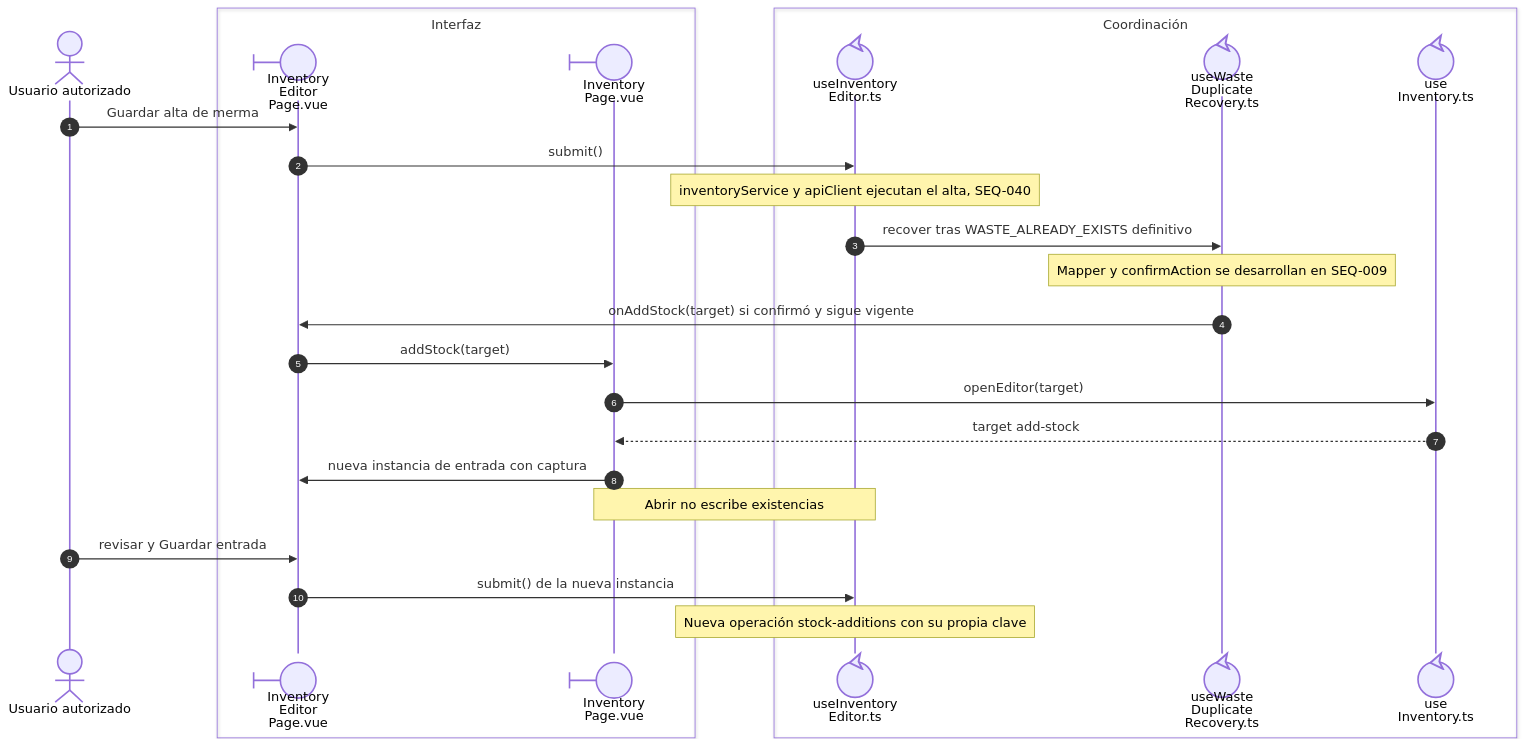
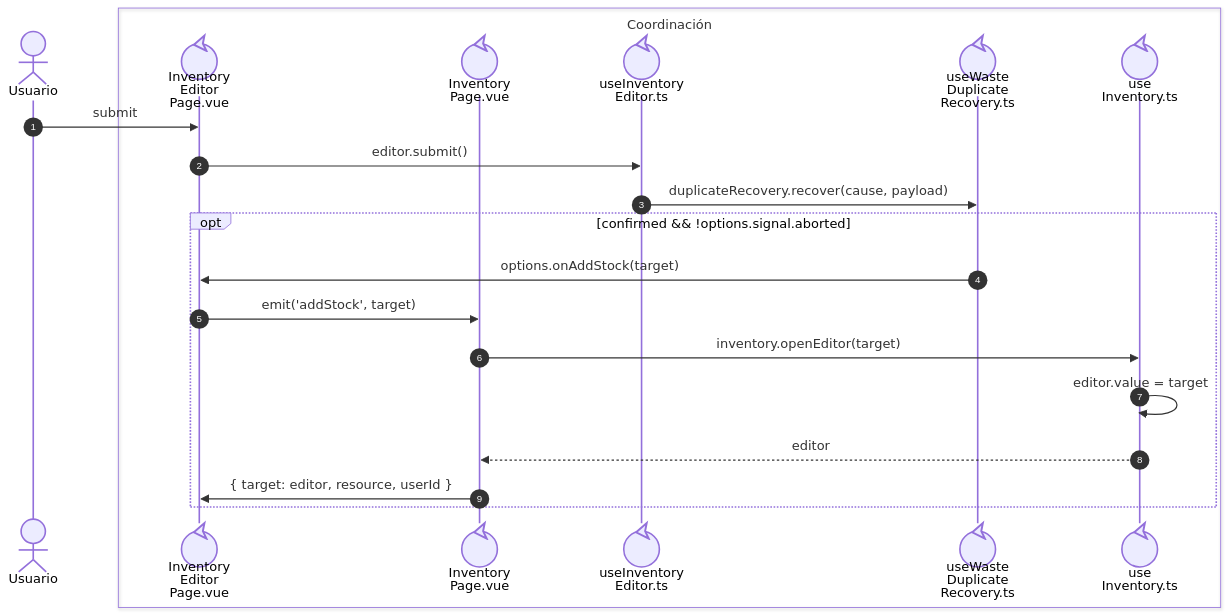
Before and after one commit to gpgsistemas01/nexus: the third of 5 diagrams in front/docs/architecture/views/development/design-and-construction-patterns/03-composables-and-callbacks.md, drawn with Mermaid. The commit also changed 43 other files, not shown here.

````diff
--- a/front/docs/architecture/views/development/design-and-construction-patterns/03-composables-and-callbacks.md
+++ b/front/docs/architecture/views/development/design-and-construction-patterns/03-composables-and-callbacks.md
@@ -86,28 +86,23 @@
 ```mermaid
 sequenceDiagram
     autonumber
-    actor U as Usuario autorizado
-    box Interfaz
-    participant Page@{ "type": "boundary" } as Inventory<br/>Editor<br/>Page.vue
-    participant Parent@{ "type": "boundary" } as Inventory<br/>Page.vue
-    end
+    actor U as Usuario
     box Coordinación
+    participant Page@{ "type": "control" } as Inventory<br/>Editor<br/>Page.vue
+    participant Parent@{ "type": "control" } as Inventory<br/>Page.vue
     participant Editor@{ "type": "control" } as useInventory<br/>Editor.ts
     participant Recovery@{ "type": "control" } as useWaste<br/>Duplicate<br/>Recovery.ts
     participant Inventory@{ "type": "control" } as use<br/>Inventory.ts
     end
-    U->>Page: Guardar alta de merma
-    Page->>Editor: submit()
-    Note over Editor: inventoryService y apiClient ejecutan el alta, SEQ-040
-    Editor->>Recovery: recover tras WASTE_ALREADY_EXISTS definitivo
-    Note over Recovery: Mapper y confirmAction se desarrollan en SEQ-009
-    Recovery->>Page: onAddStock(target) si confirmó y sigue vigente
-    Page->>Parent: addStock(target)
-    Parent->>Inventory: openEditor(target)
-    Inventory-->>Parent: target add-stock
-    Parent->>Page: nueva instancia de entrada con captura
-    Note over Parent,Editor: Abrir no escribe existencias
-    U->>Page: revisar y Guardar entrada
-    Page->>Editor: submit() de la nueva instancia
-    Note over Editor: Nueva operación stock-additions con su propia clave
+    U->>Page: nowrap: submit
+    Page->>Editor: nowrap: editor.submit()
+    Editor->>Recovery: nowrap: duplicateRecovery.recover(cause, payload)
+    opt nowrap: confirmed && !options.signal.aborted
+        Recovery->>Page: nowrap: options.onAddStock(target)
+        Page->>Parent: nowrap: emit('addStock', target)
+        Parent->>Inventory: nowrap: inventory.openEditor(target)
+        Inventory->>Inventory: nowrap: editor.value = target
+        Inventory-->>Parent: nowrap: editor
+        Parent->>Page: nowrap: { target: editor, resource, userId }
+    end
 ```
````
